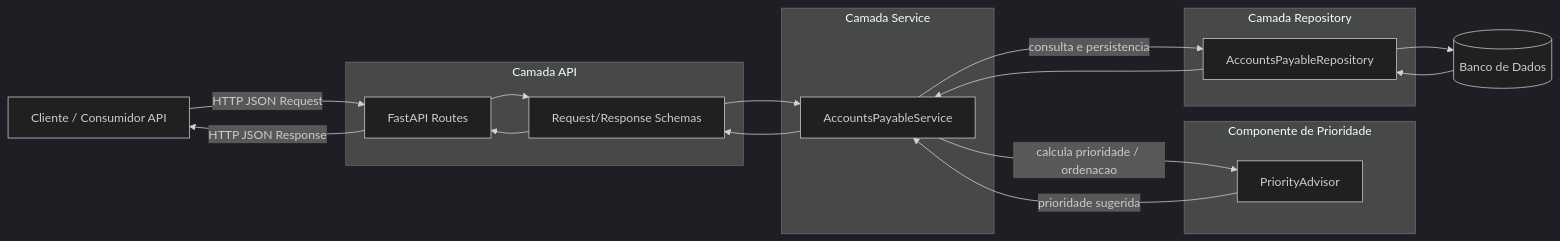
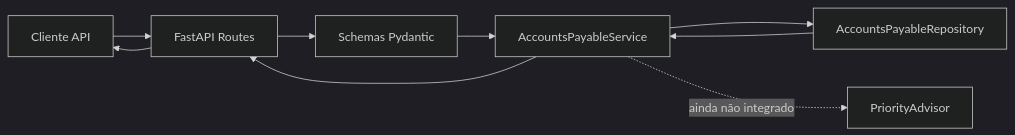
Before and after one commit to marciomello-bbras/projetolaboratorio: the third of 5 diagrams in docs/diagrama-componentes.md, drawn with Mermaid (dark theme). The commit also changed other lines of this file and 10 other files, not shown here.

Commit message:
docs(arch): document C4 diagrams, activity flow and ADRs

````diff
--- a/docs/diagrama-componentes.md
+++ b/docs/diagrama-componentes.md
@@ -1,39 +55,18 @@
 ```mermaid
 flowchart LR
-    Client["Cliente / Consumidor API"]
+    Client["Cliente API"]
+    Routes["FastAPI Routes"]
+    Schemas["Schemas Pydantic"]
+    Service["AccountsPayableService"]
+    Advisor["PriorityAdvisor"]
+    Repository["AccountsPayableRepository"]
 
-    subgraph API["Camada API"]
-        Routes["FastAPI Routes"]
-        Schemas["Request/Response Schemas"]
-    end
-
-    subgraph Service["Camada Service"]
-        AccountsService["AccountsPayableService"]
-    end
-
-    subgraph Advisor["Componente de Prioridade"]
-        PriorityAdvisor["PriorityAdvisor"]
-    end
-
-    subgraph Repository["Camada Repository"]
-        AccountsRepository["AccountsPayableRepository"]
-    end
-
-    DB[("Banco de Dados")]
-
-    Client -->|"HTTP JSON Request"| Routes
+    Client --> Routes
     Routes --> Schemas
-    Schemas --> AccountsService
-
-    AccountsService -->|"calcula prioridade / ordenacao"| PriorityAdvisor
-    PriorityAdvisor -->|"prioridade sugerida"| AccountsService
-
-    AccountsService -->|"consulta e persistencia"| AccountsRepository
-    AccountsRepository --> DB
-    DB --> AccountsRepository
-
-    AccountsRepository --> AccountsService
-    AccountsService --> Schemas
-    Schemas --> Routes
-    Routes -->|"HTTP JSON Response"| Client
+    Schemas --> Service
+    Service --> Repository
+    Service -. ainda não integrado .-> Advisor
+    Repository --> Service
+    Service --> Routes
+    Routes --> Client
 ```
````
